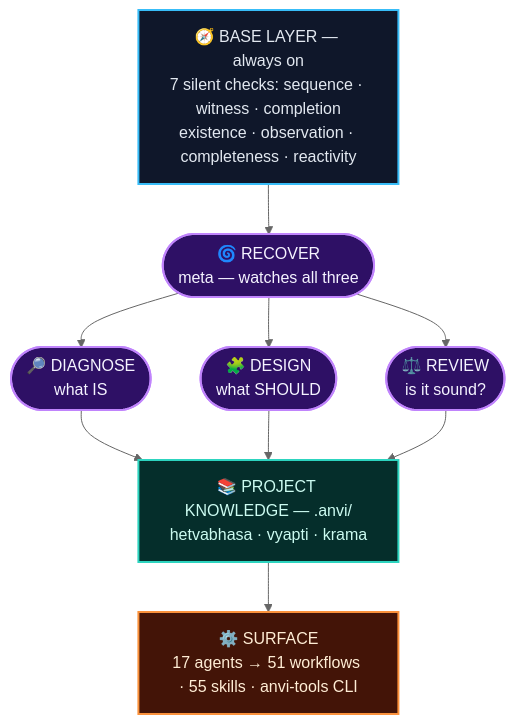
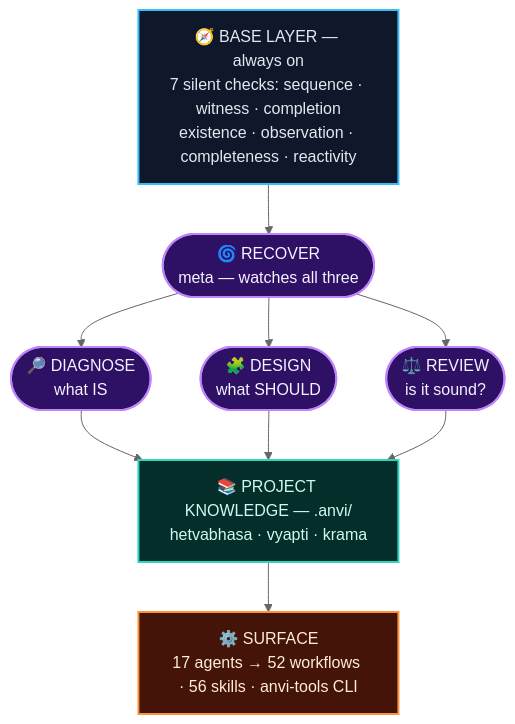
The first of 2 diagrams in README.md (MrityunjayBhardwaj/anvi), drawn with Mermaid (neutral theme) before and after one commit. The commit also changed other lines of this file and 4 other files, not shown here.

````diff
--- a/README.md
+++ b/README.md
@@ -39,24 +39,24 @@
 ```mermaid
 flowchart TD
     BASE["🧭 BASE LAYER — always on<br/>7 silent checks: sequence · witness · completion<br/>existence · observation · completeness · reactivity"]
     R(["🌀 RECOVER<br/>meta — watches all three"])
     D1(["🔎 DIAGNOSE<br/>what IS"])
     D2(["🧩 DESIGN<br/>what SHOULD"])
     D3(["⚖️ REVIEW<br/>is it sound?"])
     KNOW["📚 PROJECT KNOWLEDGE — .anvi/<br/>hetvabhasa · vyapti · krama"]
-    SURF["⚙️ SURFACE<br/>17 agents → 51 workflows · 55 skills · anvi-tools CLI"]
+    SURF["⚙️ SURFACE<br/>17 agents → 52 workflows · 56 skills · anvi-tools CLI"]
 
     BASE --> R
     R --> D1 & D2 & D3
     D1 & D2 & D3 --> KNOW
     KNOW --> SURF
 
     classDef base fill:#0f172a,stroke:#38bdf8,stroke-width:2px,color:#e2e8f0;
     classDef lens fill:#2e1065,stroke:#c084fc,stroke-width:2px,color:#f5f3ff;
     classDef know fill:#052e2b,stroke:#2dd4bf,stroke-width:2px,color:#ccfbf1;
     classDef surf fill:#431407,stroke:#fb923c,stroke-width:2px,color:#ffedd5;
     class BASE base;
     class R,D1,D2,D3 lens;
     class KNOW know;
     class SURF surf;
 ```
````
